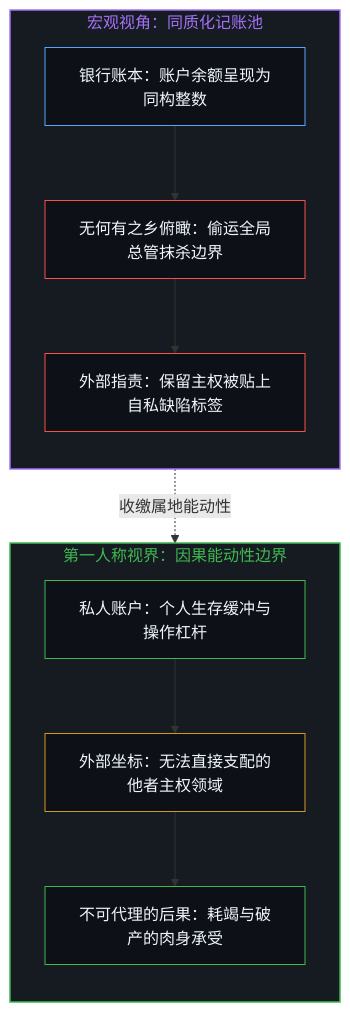
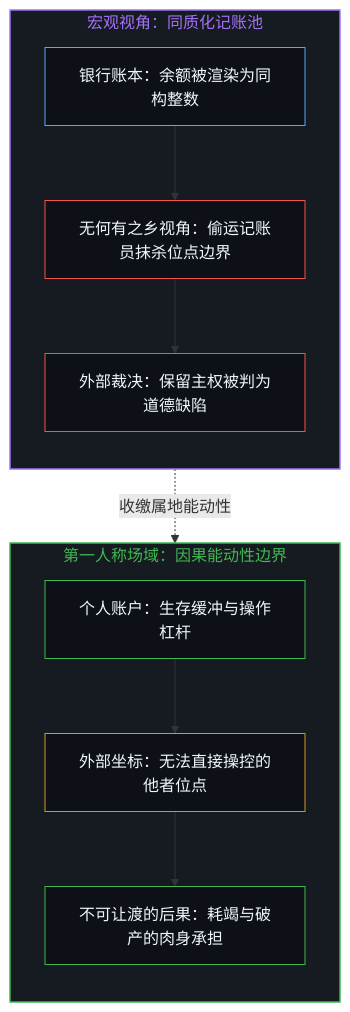
Before and after one commit to powerpig99/not-a-toe: the third of 8 diagrams in content/posts/abstract-pain-and-living-hunger.md, drawn with Mermaid. The commit also changed other lines of this file and 7 other files, not shown here.

````diff
--- a/content/posts/abstract-pain-and-living-hunger.md
+++ b/content/posts/abstract-pain-and-living-hunger.md
@@ -81,26 +81,26 @@
 ```mermaid
 flowchart TD
     subgraph S_Macro["宏观视角：同质化记账池"]
         direction TB
-        B1["银行账本：账户余额呈现为同构整数"]
-        B2["无何有之乡俯瞰：偷运全局总管抹杀边界"]
-        B3["外部指责：保留主权被贴上自私缺陷标签"]
+        B1["银行账本：余额被渲染为同构整数"]
+        B2["无何有之乡视角：偷运记账员抹杀位点边界"]
+        B3["外部裁决：保留主权被判为道德缺陷"]
     end
-    subgraph S_Agent["第一人称视界：因果能动性边界"]
+    subgraph S_Agent["第一人称场域：因果能动性边界"]
         direction TB
-        A1["私人账户：个人生存缓冲与操作杠杆"]
-        A2["外部坐标：无法直接支配的他者主权领域"]
-        A3["不可代理的后果：耗竭与破产的肉身承受"]
+        A1["个人账户：生存缓冲与操作杠杆"]
+        A2["外部坐标：无法直接操控的他者位点"]
+        A3["不可让渡的后果：耗竭与破产的肉身承担"]
     end
     B1 --> B2 --> B3
     A1 --> A2 --> A3
     B2 -. "收缴属地能动性" .-> A1
     style S_Macro fill:#161b22,stroke:#a371f7,stroke-width:1.5px,color:#a371f7
     style S_Agent fill:#161b22,stroke:#3fb950,stroke-width:1.5px,color:#3fb950
     style B1 fill:#0d1117,stroke:#58a6ff,stroke-width:1px,color:#f0f6fc
     style B2 fill:#0d1117,stroke:#f85149,stroke-width:1px,color:#f0f6fc
     style B3 fill:#0d1117,stroke:#f85149,stroke-width:1px,color:#f0f6fc
     style A1 fill:#0d1117,stroke:#3fb950,stroke-width:1px,color:#f0f6fc
     style A2 fill:#0d1117,stroke:#d29922,stroke-width:1px,color:#f0f6fc
     style A3 fill:#0d1117,stroke:#3fb950,stroke-width:1px,color:#f0f6fc
 ```
````
